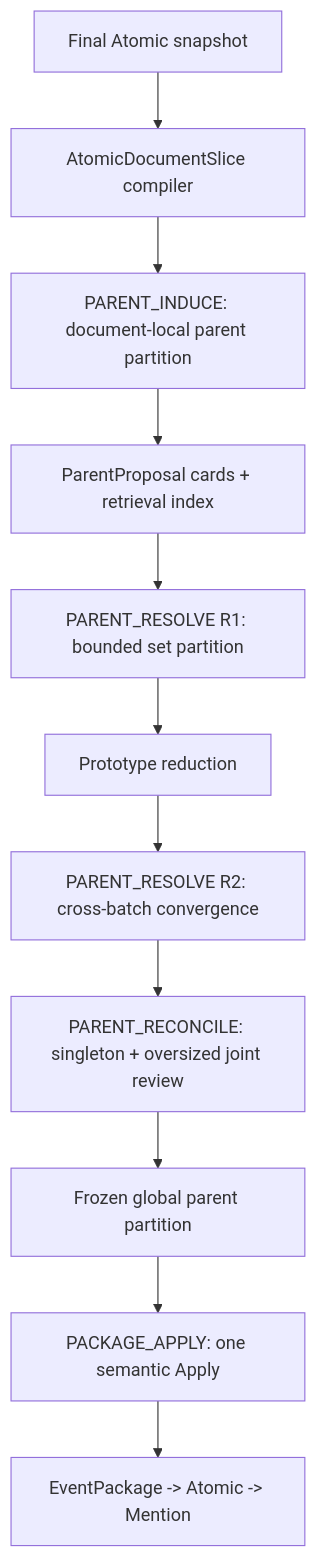
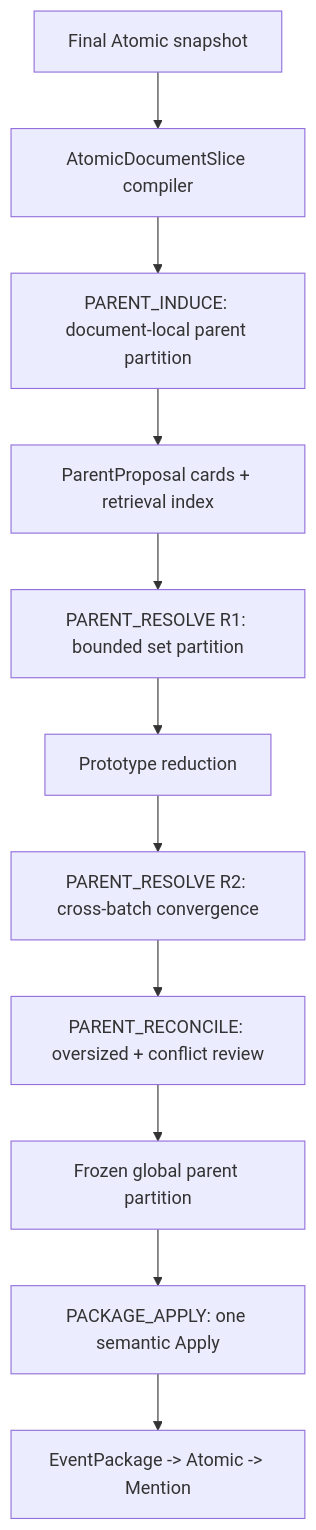
One commit to XWeixuan/DoxAgent changed the diagram in dev_plan/CDECR/CDECR_PARENT_OCCURRENCE_PACKAGE_V2_ONE_SHOT_REFACTOR_PLAN_20260810.md. Above: the diagram before and after it, drawn with Mermaid. The commit also changed other lines of this file and 137 other files, not shown here.

````diff
--- a/dev_plan/CDECR/CDECR_PARENT_OCCURRENCE_PACKAGE_V2_ONE_SHOT_REFACTOR_PLAN_20260810.md
+++ b/dev_plan/CDECR/CDECR_PARENT_OCCURRENCE_PACKAGE_V2_ONE_SHOT_REFACTOR_PLAN_20260810.md
@@ -107,13 +107,13 @@
 ```mermaid
 flowchart TD
     A["Final Atomic snapshot"] --> B["AtomicDocumentSlice compiler"]
     B --> C["PARENT_INDUCE: document-local parent partition"]
     C --> D["ParentProposal cards + retrieval index"]
     D --> E["PARENT_RESOLVE R1: bounded set partition"]
     E --> F["Prototype reduction"]
     F --> G["PARENT_RESOLVE R2: cross-batch convergence"]
-    G --> H["PARENT_RECONCILE: singleton + oversized joint review"]
+    G --> H["PARENT_RECONCILE: oversized + conflict review"]
     H --> I["Frozen global parent partition"]
     I --> J["PACKAGE_APPLY: one semantic Apply"]
     J --> K["EventPackage -> Atomic -> Mention"]
 ```
````
